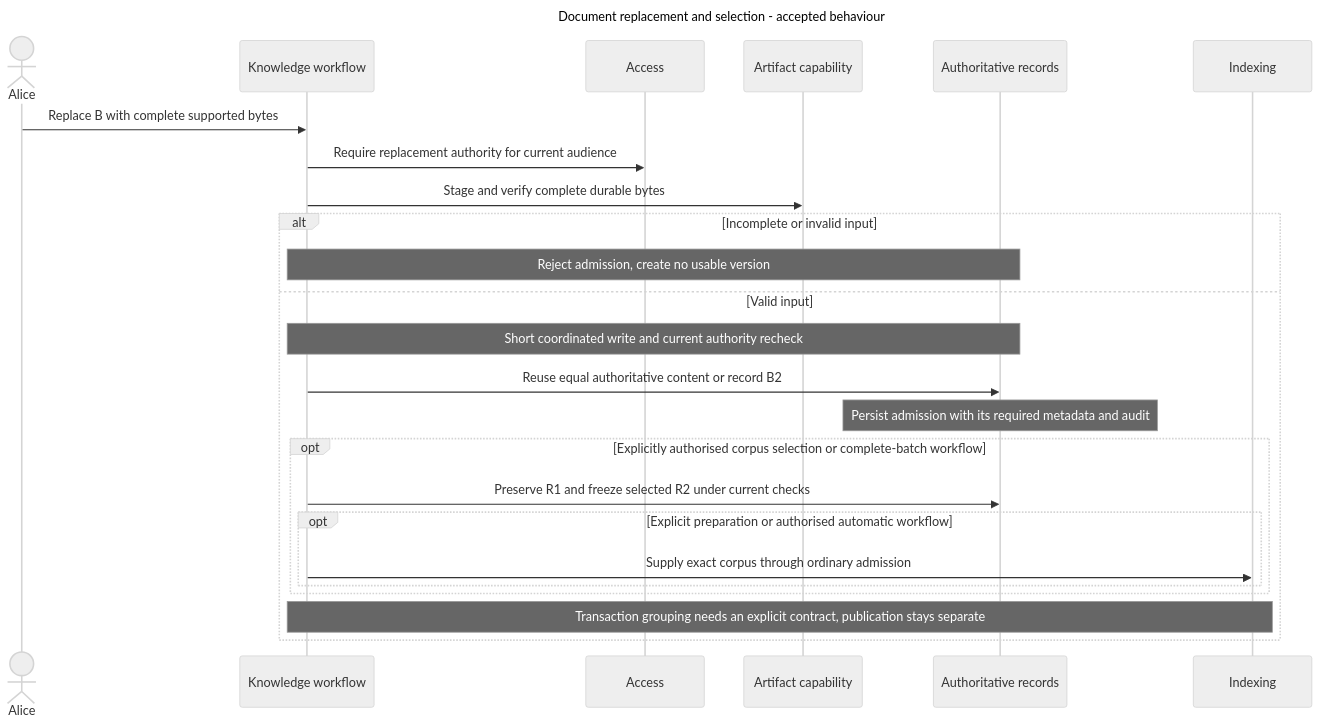
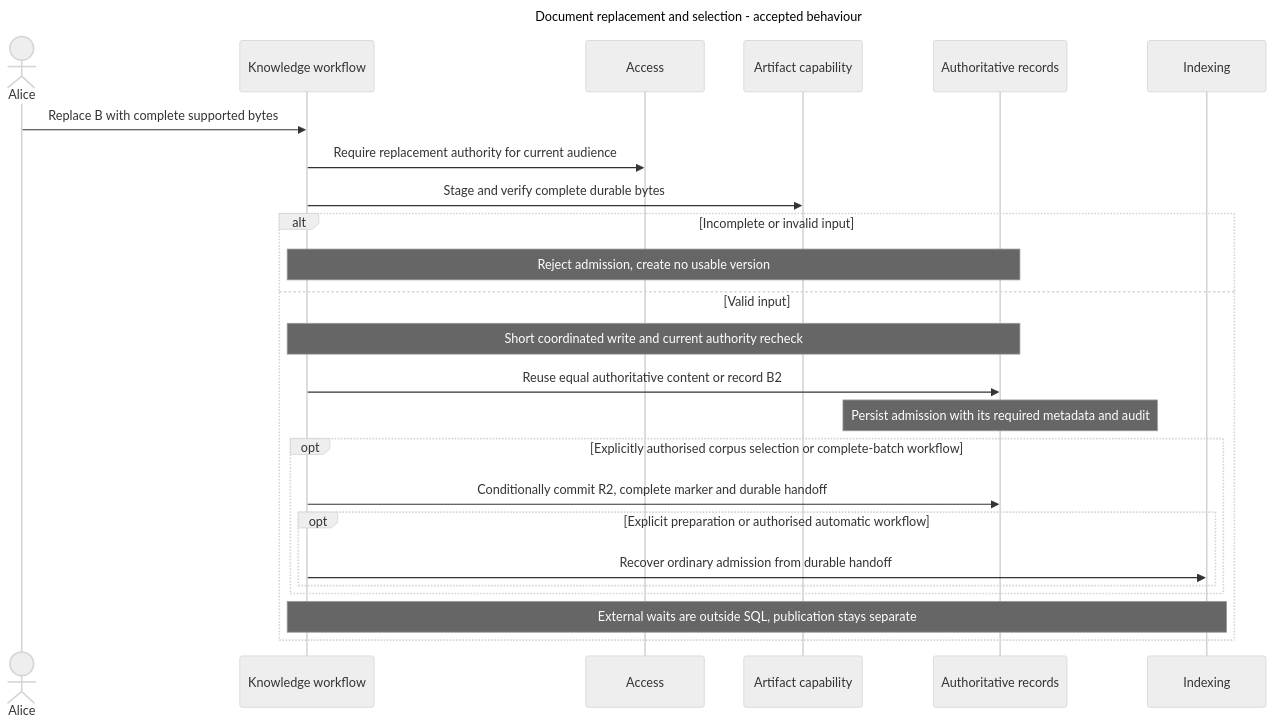
One commit to matejpalenik/inframeld changed the second of 2 diagrams in .agents/skills/inframeld-knowledge/references/architecture.md. Above: the diagram before and after it, drawn with Mermaid (neutral theme). The commit also changed other lines of this file and 33 other files, not shown here.

````diff
--- a/.agents/skills/inframeld-knowledge/references/architecture.md
+++ b/.agents/skills/inframeld-knowledge/references/architecture.md
@@ -43,29 +43,29 @@
 ```mermaid
 ---
 title: "Document replacement and selection - accepted behaviour"
 ---
 sequenceDiagram
     actor Alice
     participant K as Knowledge workflow
     participant A as Access
     participant Store as Artifact capability
     participant DB as Authoritative records
     participant I as Indexing
     Alice->>K: Replace B with complete supported bytes
     K->>A: Require replacement authority for current audience
     K->>Store: Stage and verify complete durable bytes
     alt Incomplete or invalid input
         Note over K,DB: Reject admission, create no usable version
     else Valid input
         Note over K,DB: Short coordinated write and current authority recheck
         K->>DB: Reuse equal authoritative content or record B2
         Note over DB: Persist admission with its required metadata and audit
         opt Explicitly authorised corpus selection or complete-batch workflow
-            K->>DB: Preserve R1 and freeze selected R2 under current checks
+            K->>DB: Conditionally commit R2, complete marker and durable handoff
             opt Explicit preparation or authorised automatic workflow
-                K->>I: Supply exact corpus through ordinary admission
+                K->>I: Recover ordinary admission from durable handoff
             end
         end
-        Note over K,I: Transaction grouping needs an explicit contract, publication stays separate
+        Note over K,I: External waits are outside SQL, publication stays separate
     end
 ```
````
